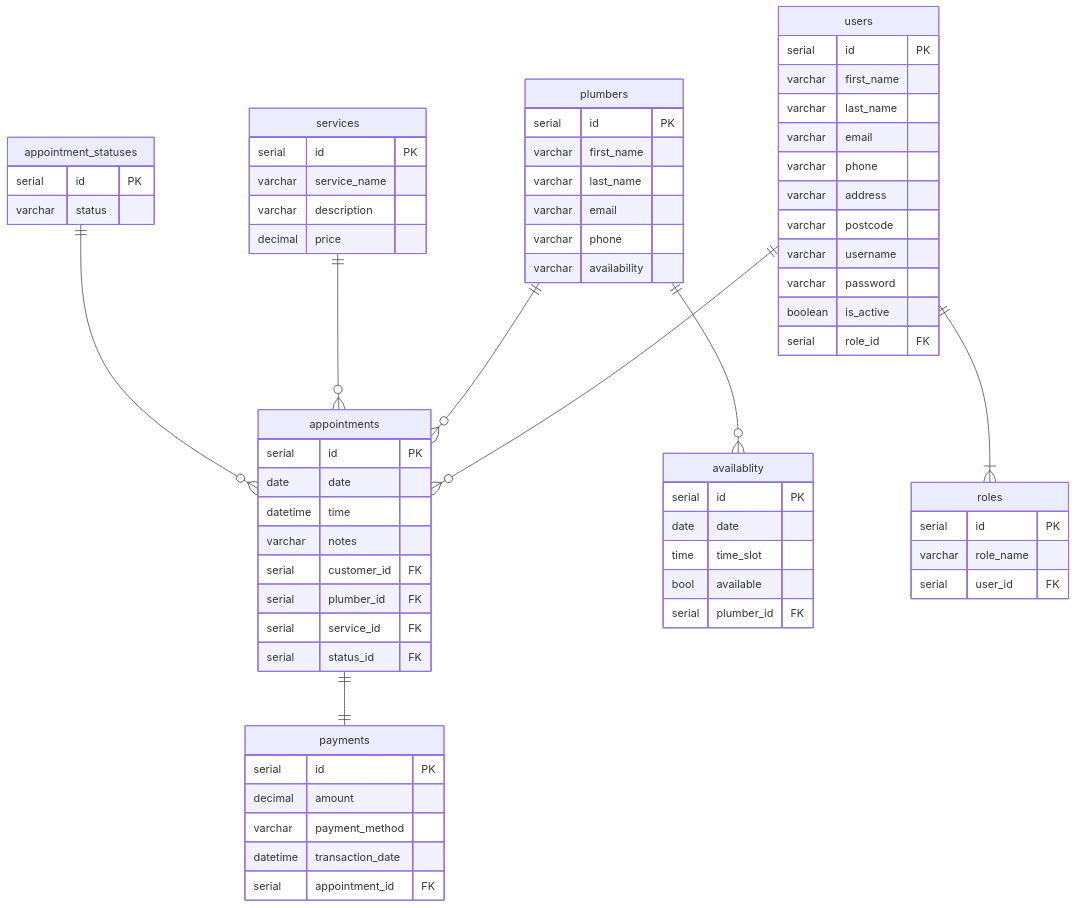
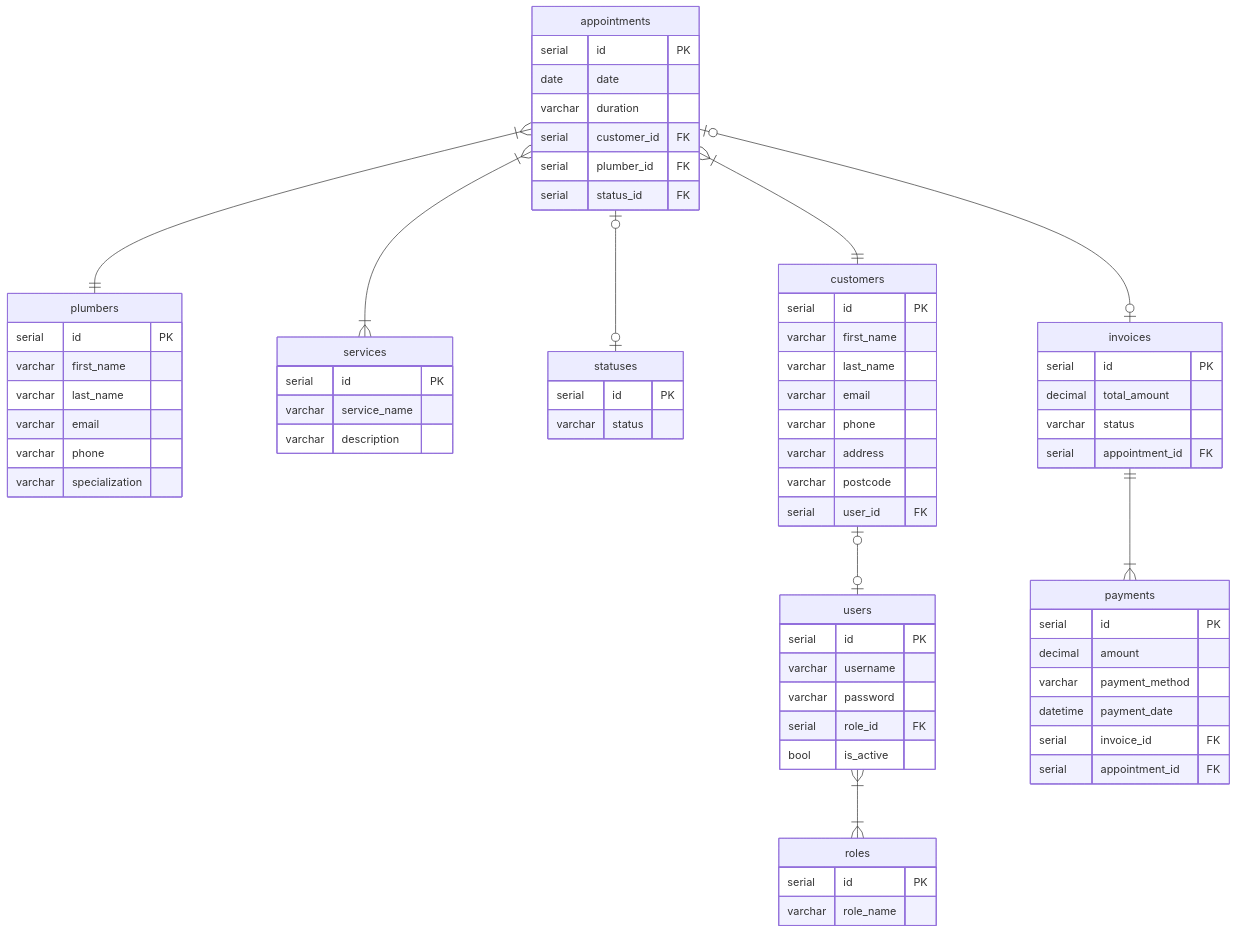
One commit to KerryK2021/Plumbing-Company-Appointment-System changed the second of 2 diagrams in README.md. Above: the diagram before and after it, drawn with Mermaid. The commit also changed other lines of this file, not shown here.

````diff
--- a/README.md
+++ b/README.md
@@ -17,79 +18,80 @@
 ```mermaid
 erDiagram
-        users {
+     users {
         serial id PK
-        varchar first_name
-        varchar last_name
-        varchar email
-        varchar phone
-        varchar address
-        varchar postcode
         varchar username
         varchar password
-        boolean is_active
         serial role_id FK
+        bool is_active 
     }
 
     appointments {
         serial id PK
         date date
-        datetime time
-        varchar notes
+        varchar duration
         serial customer_id FK
         serial plumber_id FK
-        serial service_id FK
         serial status_id FK
     }
 
     plumbers {
         serial id PK
         varchar first_name 
         varchar last_name
         varchar email
         varchar phone
-        varchar availability
+        varchar specialization
     }
 
     services {
         serial id PK
         varchar service_name
         varchar description
-        decimal price
     }
 
-    appointment_statuses {
+    statuses {
         serial id PK
         varchar status
     }
 
     payments {
         serial id PK
         decimal amount
         varchar payment_method 
-        datetime transaction_date
+        datetime payment_date
+        serial invoice_id FK
         serial appointment_id FK
-    }
-
-    availablity {
-        serial id PK
-        date date
-        time time_slot
-        bool available
-        serial plumber_id FK
     }
 
     roles {
         serial id PK
-        varchar role_name
+        varchar role_name 
+    }
+
+    invoices {
+        serial id PK
+        decimal total_amount
+        varchar status
+        serial appointment_id FK
+    }
+
+    customers {
+        serial id PK
+        varchar first_name
+        varchar last_name
+        varchar email
+        varchar phone
+        varchar address
+        varchar postcode
         serial user_id FK
     }
 
-    users ||--o{ appointments : ""
-    plumbers ||--o{ appointments : ""
-    services ||--o{ appointments : ""
-    appointment_statuses ||--o{ appointments : ""
-    appointments ||--|| payments : ""
-    plumbers ||--o{ availablity : ""
-    users ||--|{ roles : ""
-
+    appointments }|--|| customers : ""
+    appointments }|--|| plumbers : ""
+    appointments |o--o| invoices : ""
+    invoices ||--|{ payments : ""
+    users }|--|{ roles : ""
+    appointments }|--|{ services : ""
+    appointments |o--o| statuses : ""
+    customers |o--o| users : ""
 ```
````
